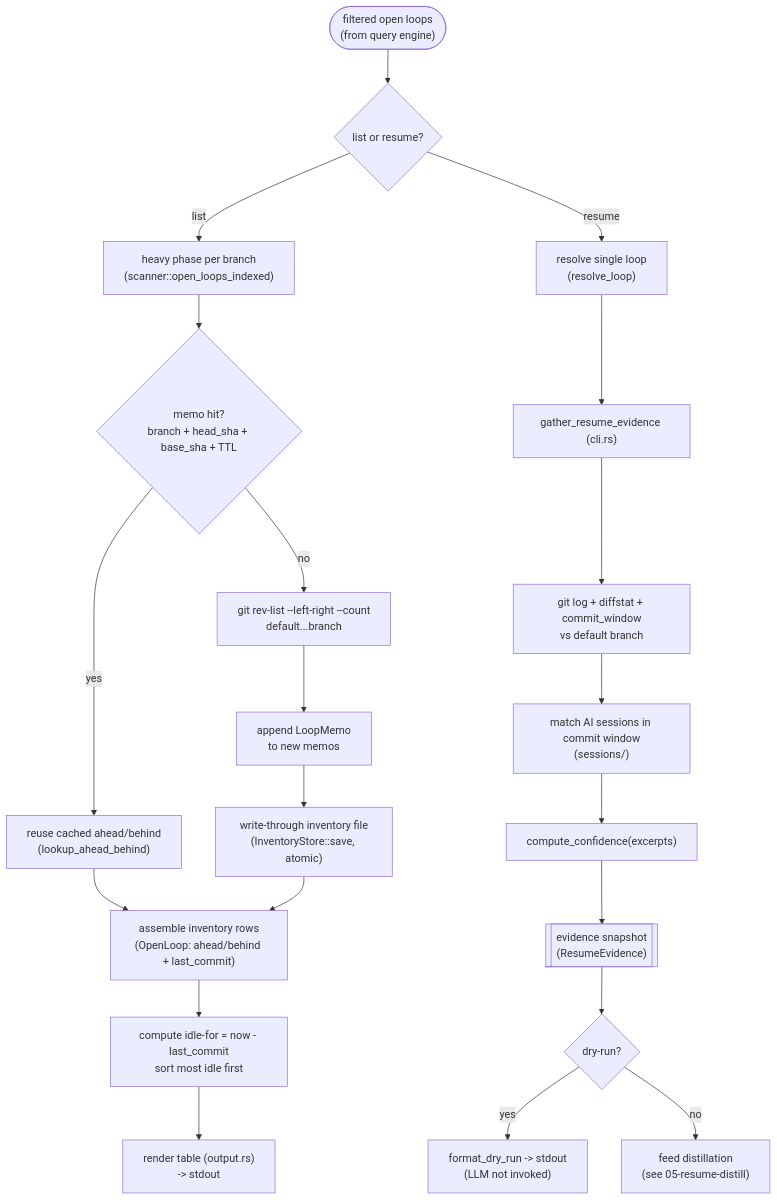
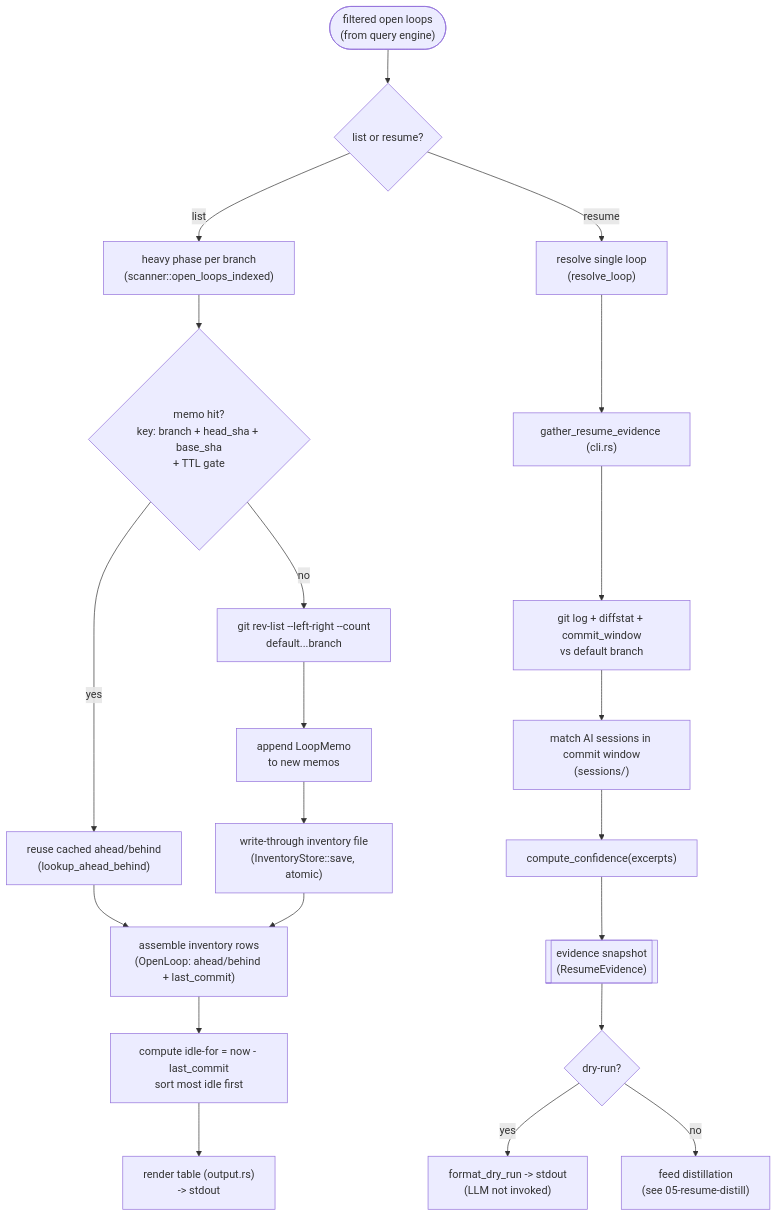
The diagram in docs/architecture/04-inventory-evidence.md (carvalhosauro/open-loops), drawn with Mermaid before and after one commit. The commit also changed other lines of this file, not shown here.

````diff
--- a/docs/architecture/04-inventory-evidence.md
+++ b/docs/architecture/04-inventory-evidence.md
@@ -109,25 +109,25 @@
 ```mermaid
 flowchart TD
     loops(["filtered open loops<br/>(from query engine)"]) --> branch{list or resume?}
 
     branch -->|list| heavy["heavy phase per branch<br/>(scanner::open_loops_indexed)"]
-    heavy --> memo{memo hit?<br/>branch + head_sha + base_sha + TTL}
+    heavy --> memo{memo hit?<br/>key: branch + head_sha + base_sha<br/>+ TTL gate}
     memo -->|yes| reuse["reuse cached ahead/behind<br/>(lookup_ahead_behind)"]
     memo -->|no| revlist["git rev-list --left-right --count<br/>default...branch"]
     revlist --> push["append LoopMemo<br/>to new memos"]
     reuse --> rows
     push --> write["write-through inventory file<br/>(InventoryStore::save, atomic)"]
     write --> rows["assemble inventory rows<br/>(OpenLoop: ahead/behind + last_commit)"]
     rows --> idle["compute idle-for = now - last_commit<br/>sort most idle first"]
     idle --> table["render table (output.rs)<br/>-> stdout"]
 
     branch -->|resume| resolve["resolve single loop<br/>(resolve_loop)"]
     resolve --> gather["gather_resume_evidence (cli.rs)"]
     gather --> gitev["git log + diffstat + commit_window<br/>vs default branch"]
     gitev --> sess["match AI sessions in commit window<br/>(sessions/)"]
     sess --> conf["compute_confidence(excerpts)"]
     conf --> snap[["evidence snapshot<br/>(ResumeEvidence)"]]
     snap --> dry{dry-run?}
     dry -->|yes| dryout["format_dry_run -> stdout<br/>(LLM not invoked)"]
     dry -->|no| distill["feed distillation<br/>(see 05-resume-distill)"]
 ```
````
